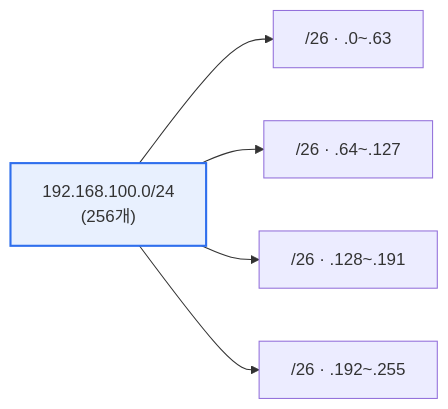
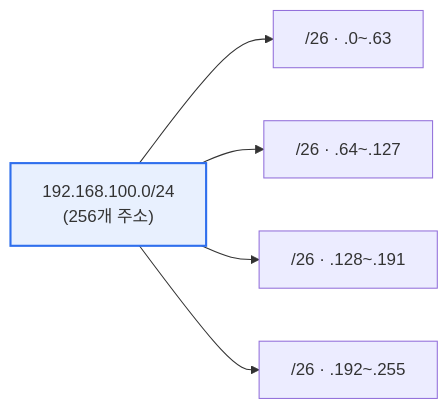
One commit to coninggu/wjdqhrhksflrltnftk changed the second of 2 diagrams in content/subnetting.md. Above: the diagram before and after it, drawn with Mermaid. The commit also changed other lines of this file and 3 other files, not shown here.

````diff
--- a/content/subnetting.md
+++ b/content/subnetting.md
@@ -23,8 +55,8 @@
 ```mermaid
 flowchart LR
-  N["192.168.100.0/24<br/>(256개)"] --> S1["/26 · .0~.63"]
+  N["192.168.100.0/24<br/>(256개 주소)"] --> S1["/26 · .0~.63"]
   N --> S2["/26 · .64~.127"]
   N --> S3["/26 · .128~.191"]
   N --> S4["/26 · .192~.255"]
   style N fill:#e8f0fe,stroke:#2f6fed,stroke-width:2px
 ```
````
